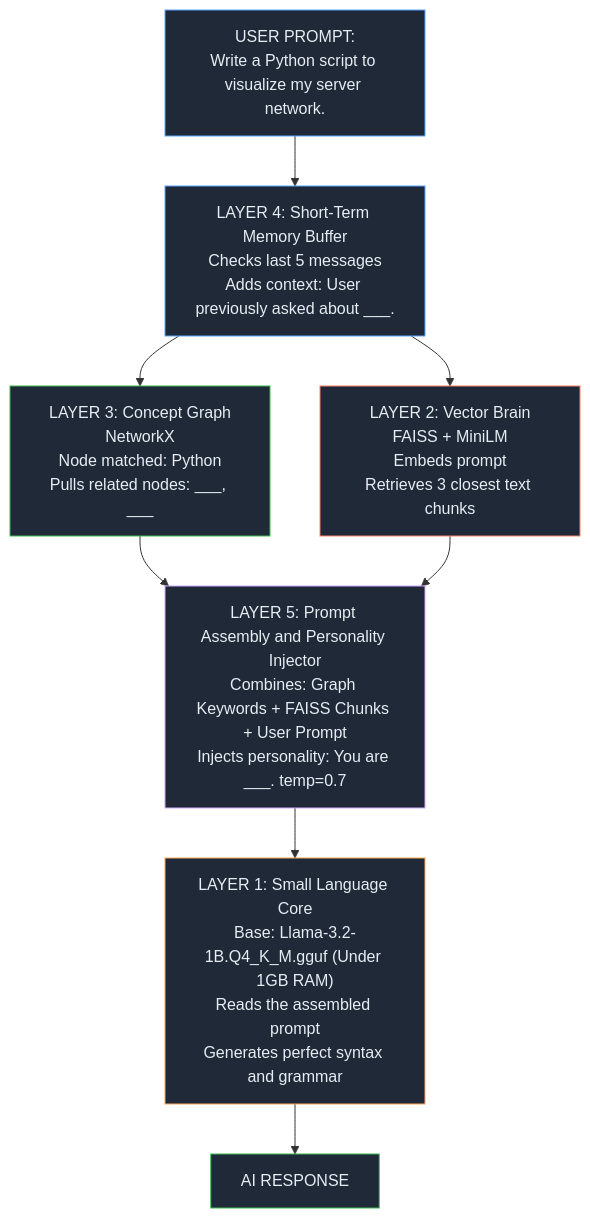
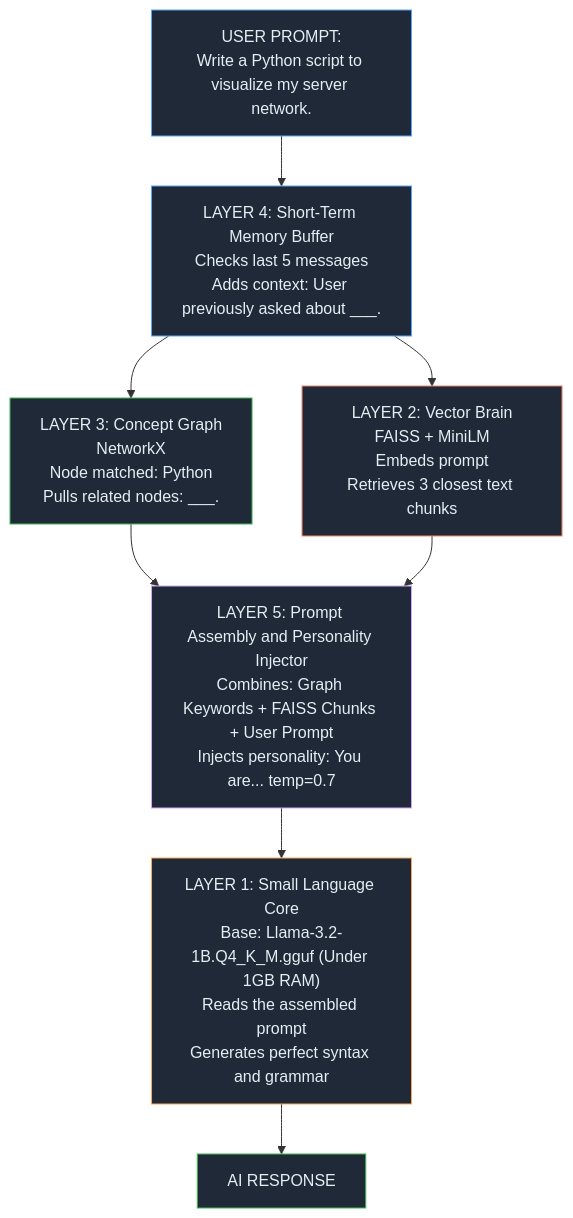
The diagram in README.md (ItzSiden/Compositional-Artificial-Intelligence), drawn with Mermaid before and after one commit. The commit also changed other lines of this file, not shown here.

````diff
--- a/README.md
+++ b/README.md
@@ -15,26 +16,26 @@
 ```mermaid
 flowchart TD
     A["USER PROMPT:<br/>Write a Python script to visualize my server network."]
 
     A --> B["LAYER 4: Short-Term Memory Buffer<br/>Checks last 5 messages<br/>Adds context: User previously asked about ___."]
 
     B --> C & D
 
-    C["LAYER 3: Concept Graph<br/>NetworkX<br/>Node matched: Python<br/>Pulls related nodes: ___, ___"]
+    C["LAYER 3: Concept Graph<br/>NetworkX<br/>Node matched: Python<br/>Pulls related nodes: ___."]
 
     D["LAYER 2: Vector Brain<br/>FAISS + MiniLM<br/>Embeds prompt<br/>Retrieves 3 closest text chunks"]
 
-    C & D --> E["LAYER 5: Prompt Assembly and Personality Injector<br/>Combines: Graph Keywords + FAISS Chunks + User Prompt<br/>Injects personality: You are ___. temp=0.7"]
+    C & D --> E["LAYER 5: Prompt Assembly and Personality Injector<br/>Combines: Graph Keywords + FAISS Chunks + User Prompt<br/>Injects personality: You are... temp=0.7"]
 
     E --> F["LAYER 1: Small Language Core<br/>Base: Llama-3.2-1B.Q4_K_M.gguf (Under 1GB RAM)<br/>Reads the assembled prompt<br/>Generates perfect syntax and grammar"]
 
     F --> G["AI RESPONSE"]
 
     style A fill:#1f2937,stroke:#58a6ff,color:#e6edf3
     style B fill:#1f2937,stroke:#58a6ff,color:#e6edf3
     style C fill:#1f2937,stroke:#3fb950,color:#e6edf3
     style D fill:#1f2937,stroke:#f78166,color:#e6edf3
     style E fill:#1f2937,stroke:#d2a8ff,color:#e6edf3
     style F fill:#1f2937,stroke:#ffa657,color:#e6edf3
     style G fill:#1f2937,stroke:#3fb950,color:#e6edf3
 ```
````
